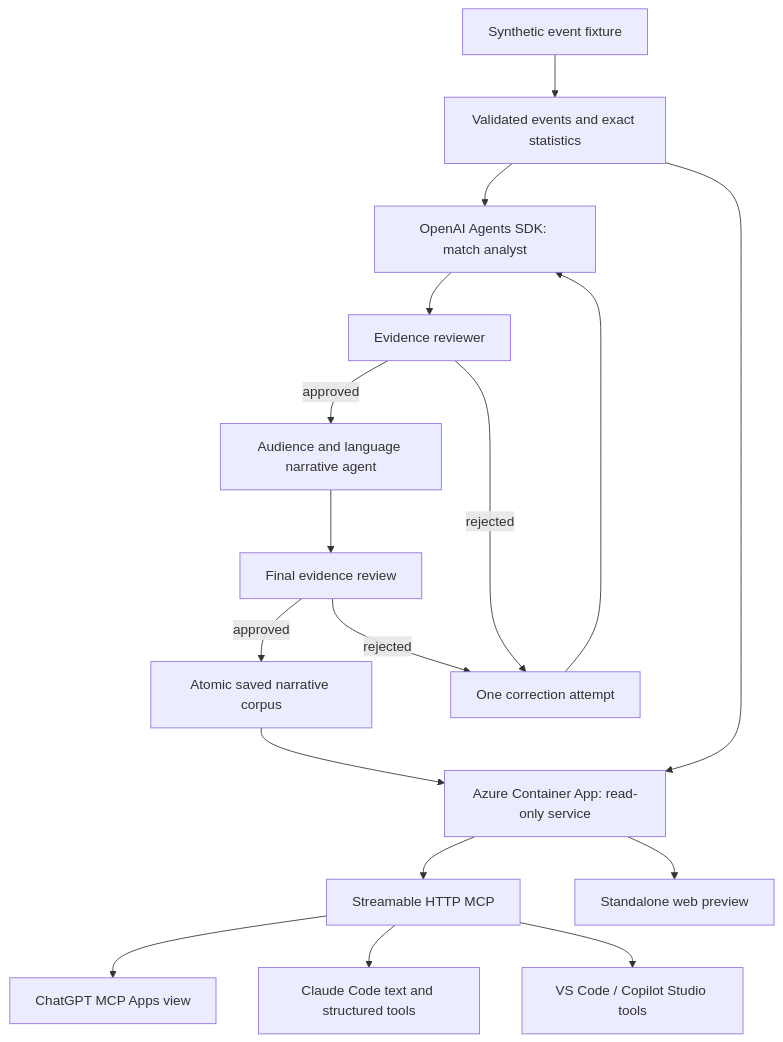
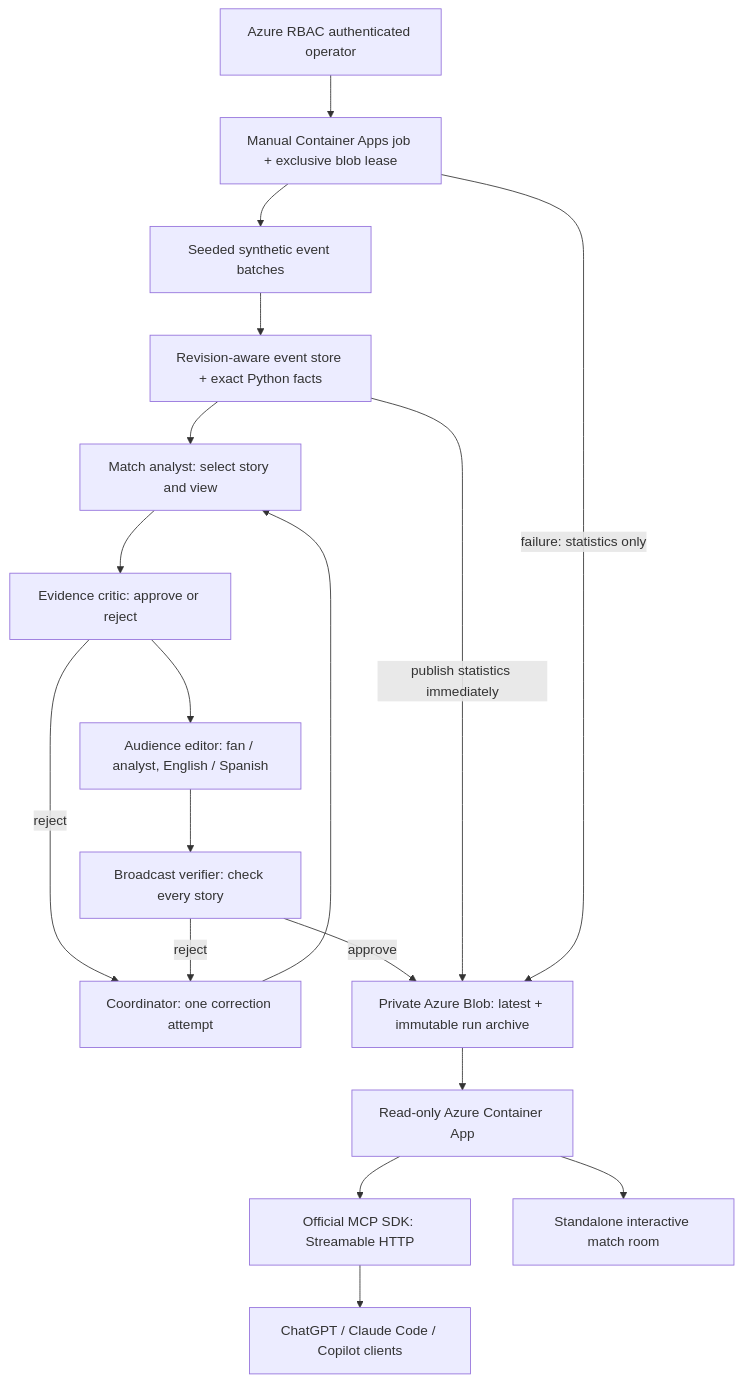
One commit to madhukard/matchlens changed the diagram in docs/architecture.md. Above: the diagram before and after it, drawn with Mermaid. The commit also changed other lines of this file and 39 other files, not shown here.

Commit message:
Build bounded live multi-agent match intelligence with correction evidence and evaluation

````diff
--- a/docs/architecture.md
+++ b/docs/architecture.md
@@ -3,19 +3,20 @@
 ```mermaid
 flowchart TD
-  Fixture[Synthetic event fixture] --> Stats[Validated events and exact statistics]
-  Stats --> Analyst[OpenAI Agents SDK: match analyst]
-  Analyst --> Reviewer[Evidence reviewer]
-  Reviewer -->|approved| Writer[Audience and language narrative agent]
-  Writer --> Final[Final evidence review]
-  Final -->|approved| Saved[Atomic saved narrative corpus]
-  Reviewer -->|rejected| Retry[One correction attempt]
-  Final -->|rejected| Retry
+  Operator[Azure RBAC authenticated operator] --> Job[Manual Container Apps job + exclusive blob lease]
+  Job --> Feed[Seeded synthetic event batches]
+  Feed --> State[Revision-aware event store + exact Python facts]
+  State --> Analyst[Match analyst: select story and view]
+  Analyst --> Critic[Evidence critic: approve or reject]
+  Critic --> Editor[Audience editor: fan / analyst, English / Spanish]
+  Editor --> Verifier[Broadcast verifier: check every story]
+  Critic -->|reject| Retry[Coordinator: one correction attempt]
+  Verifier -->|reject| Retry
   Retry --> Analyst
-  Saved --> Service[Azure Container App: read-only service]
-  Stats --> Service
-  Service --> MCP[Streamable HTTP MCP]
-  Service --> Preview[Standalone web preview]
-  MCP --> ChatGPT[ChatGPT MCP Apps view]
-  MCP --> Claude[Claude Code text and structured tools]
-  MCP --> Copilot[VS Code / Copilot Studio tools]
+  Verifier -->|approve| Blob[Private Azure Blob: latest + immutable run archive]
+  State -->|publish statistics immediately| Blob
+  Job -->|failure: statistics only| Blob
+  Blob --> Service[Read-only Azure Container App]
+  Service --> MCP[Official MCP SDK: Streamable HTTP]
+  Service --> Web[Standalone interactive match room]
+  MCP --> Hosts[ChatGPT / Claude Code / Copilot clients]
 ```
````
